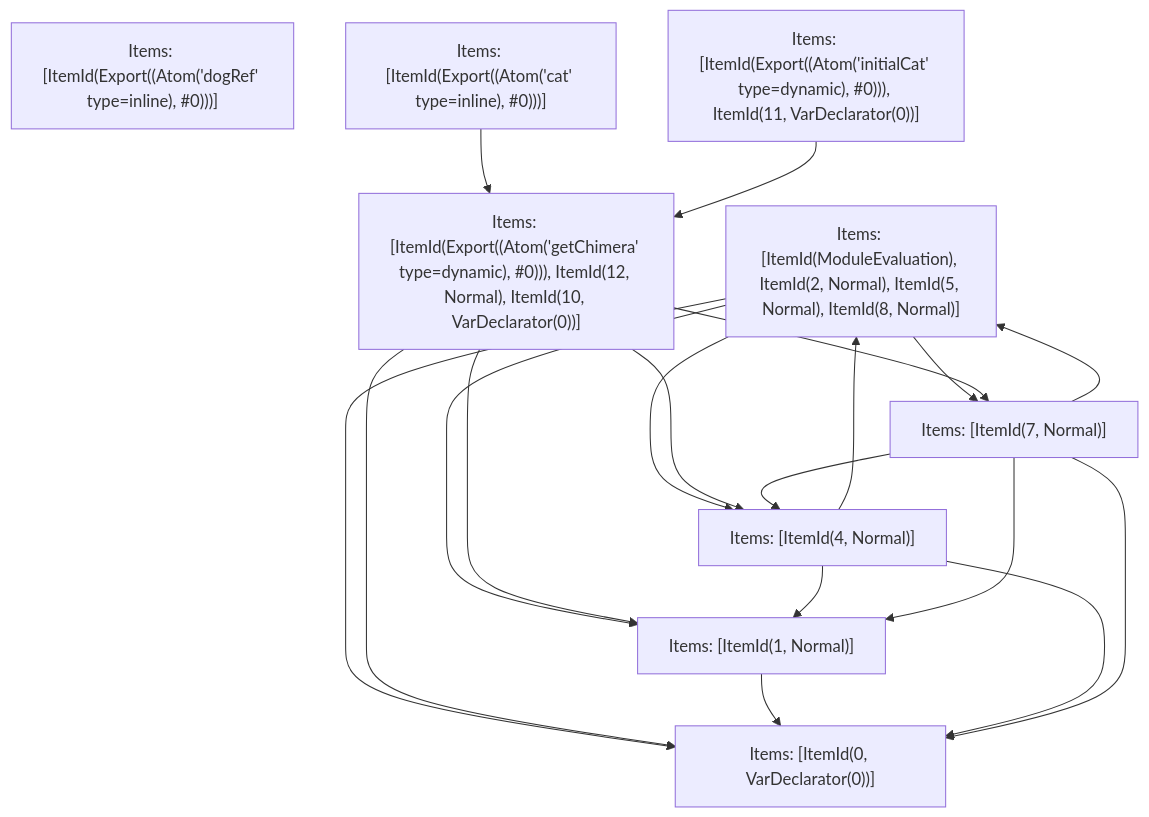
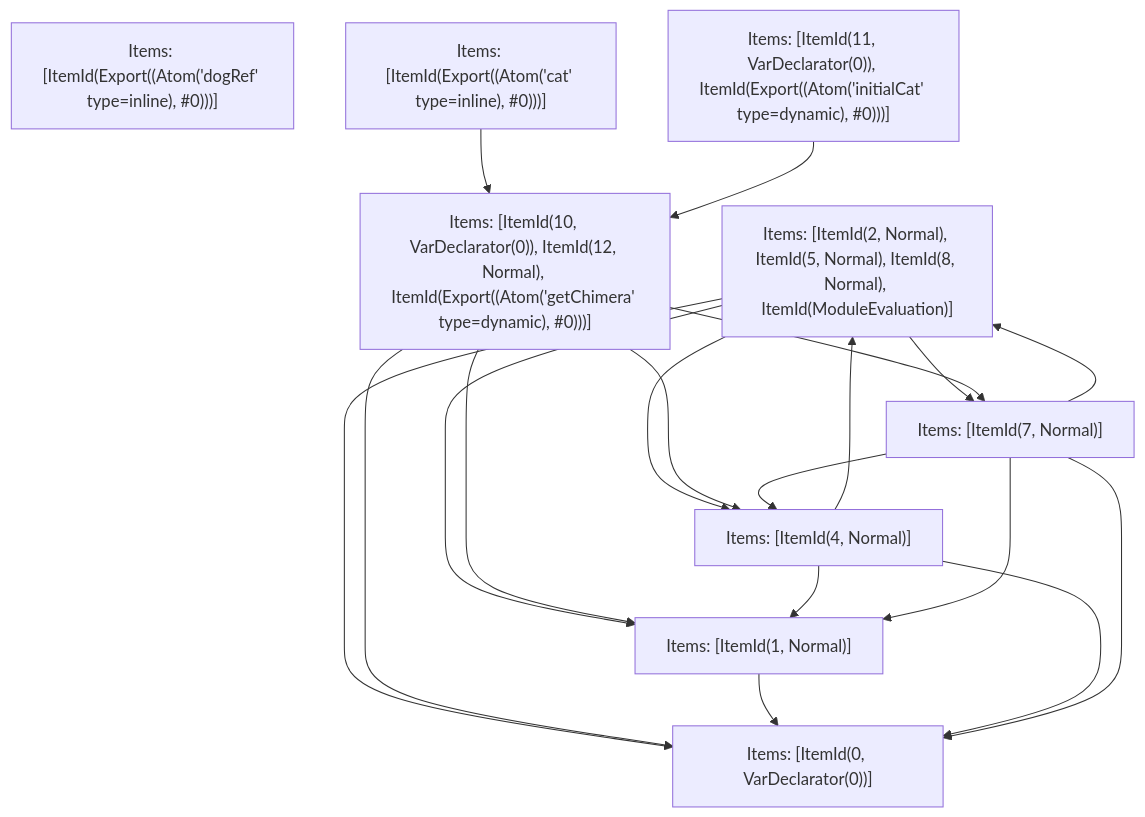
One commit to vercel/turborepo changed the fifth of 5 diagrams in crates/turbopack-ecmascript/tests/tree-shaker/analyzer/complex/output.md. Above: the diagram before and after it, drawn with Mermaid. The commit also changed 3 other files, not shown here.

````diff
--- a/crates/turbopack-ecmascript/tests/tree-shaker/analyzer/complex/output.md
+++ b/crates/turbopack-ecmascript/tests/tree-shaker/analyzer/complex/output.md
@@ -373,30 +373,30 @@
 ```mermaid
 graph TD
-    N0["Items: [ItemId(ModuleEvaluation), ItemId(2, Normal), ItemId(5, Normal), ItemId(8, Normal)]"];
+    N0["Items: [ItemId(2, Normal), ItemId(5, Normal), ItemId(8, Normal), ItemId(ModuleEvaluation)]"];
     N1["Items: [ItemId(Export((Atom('dogRef' type=inline), #0)))]"];
     N2["Items: [ItemId(Export((Atom('cat' type=inline), #0)))]"];
-    N3["Items: [ItemId(Export((Atom('initialCat' type=dynamic), #0))), ItemId(11, VarDeclarator(0))]"];
-    N4["Items: [ItemId(Export((Atom('getChimera' type=dynamic), #0))), ItemId(12, Normal), ItemId(10, VarDeclarator(0))]"];
+    N3["Items: [ItemId(11, VarDeclarator(0)), ItemId(Export((Atom('initialCat' type=dynamic), #0)))]"];
+    N4["Items: [ItemId(10, VarDeclarator(0)), ItemId(12, Normal), ItemId(Export((Atom('getChimera' type=dynamic), #0)))]"];
     N5["Items: [ItemId(0, VarDeclarator(0))]"];
     N6["Items: [ItemId(1, Normal)]"];
     N7["Items: [ItemId(4, Normal)]"];
     N8["Items: [ItemId(7, Normal)]"];
     N0 --> N5;
     N0 --> N6;
     N0 --> N7;
     N0 --> N8;
     N2 --> N4;
     N3 --> N4;
     N4 --> N5;
     N4 --> N6;
     N4 --> N7;
     N4 --> N8;
     N6 --> N5;
     N7 --> N5;
     N7 --> N6;
     N7 --> N0;
     N8 --> N5;
     N8 --> N6;
     N8 --> N7;
     N8 --> N0;
 ```
````
